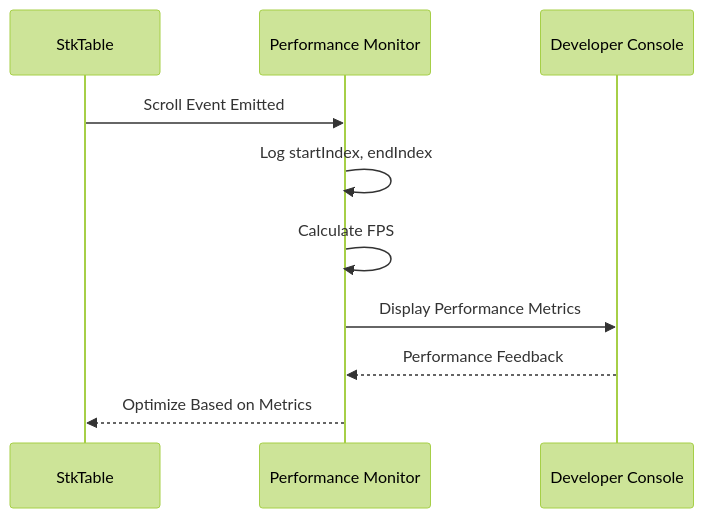
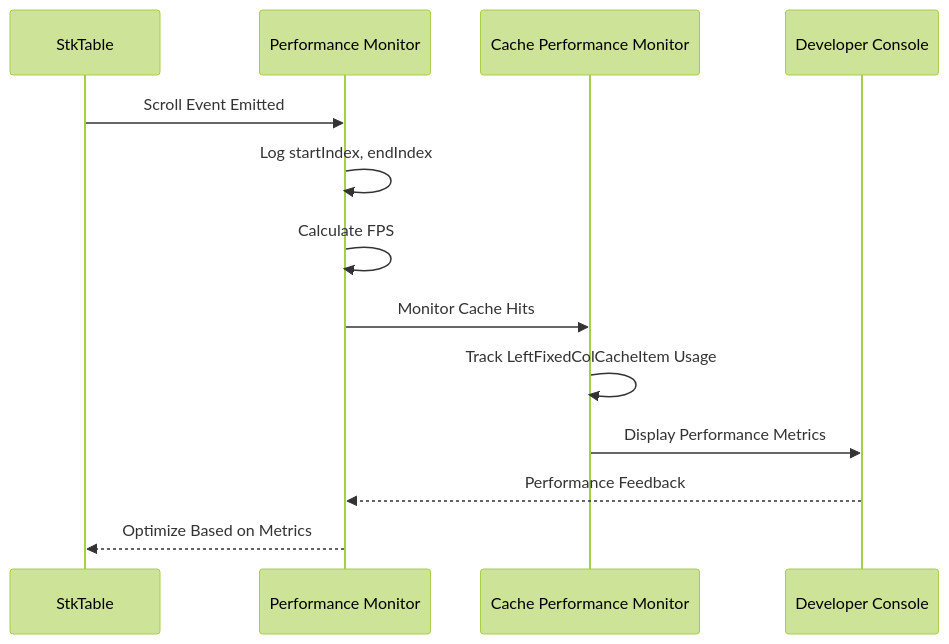
The ninth of 9 diagrams in .qoder/repowiki/en/content/Performance Optimization/Virtual Scrolling Performance Optimization.md (ja-plus/stk-table-vue), drawn with Mermaid (forest theme) before and after one commit. The commit also changed other lines of this file and 6 other files, not shown here.

````diff
--- a/.qoder/repowiki/en/content/Performance Optimization/Virtual Scrolling Performance Optimization.md
+++ b/.qoder/repowiki/en/content/Performance Optimization/Virtual Scrolling Performance Optimization.md
@@ -326,12 +367,15 @@
 ```mermaid
 sequenceDiagram
 participant Table as StkTable
 participant Monitor as Performance Monitor
+participant CacheMonitor as Cache Performance Monitor
 participant Console as Developer Console
 Table->>Monitor : Scroll Event Emitted
 Monitor->>Monitor : Log startIndex, endIndex
 Monitor->>Monitor : Calculate FPS
-Monitor->>Console : Display Performance Metrics
+Monitor->>CacheMonitor : Monitor Cache Hits
+CacheMonitor->>CacheMonitor : Track LeftFixedColCacheItem Usage
+CacheMonitor->>Console : Display Performance Metrics
 Console-->>Monitor : Performance Feedback
 Monitor-->>Table : Optimize Based on Metrics
 ```
````
